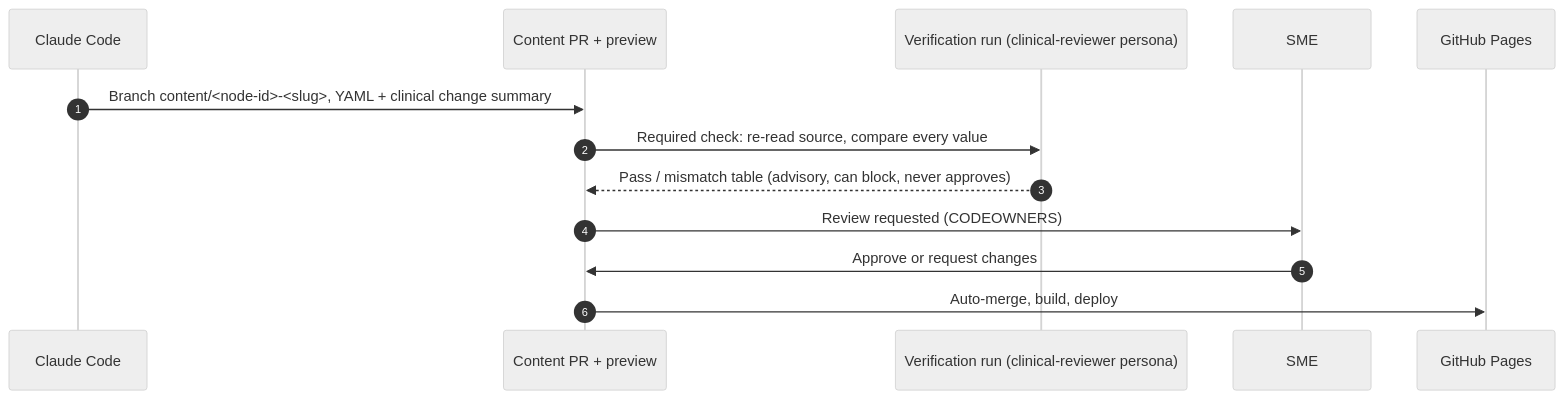
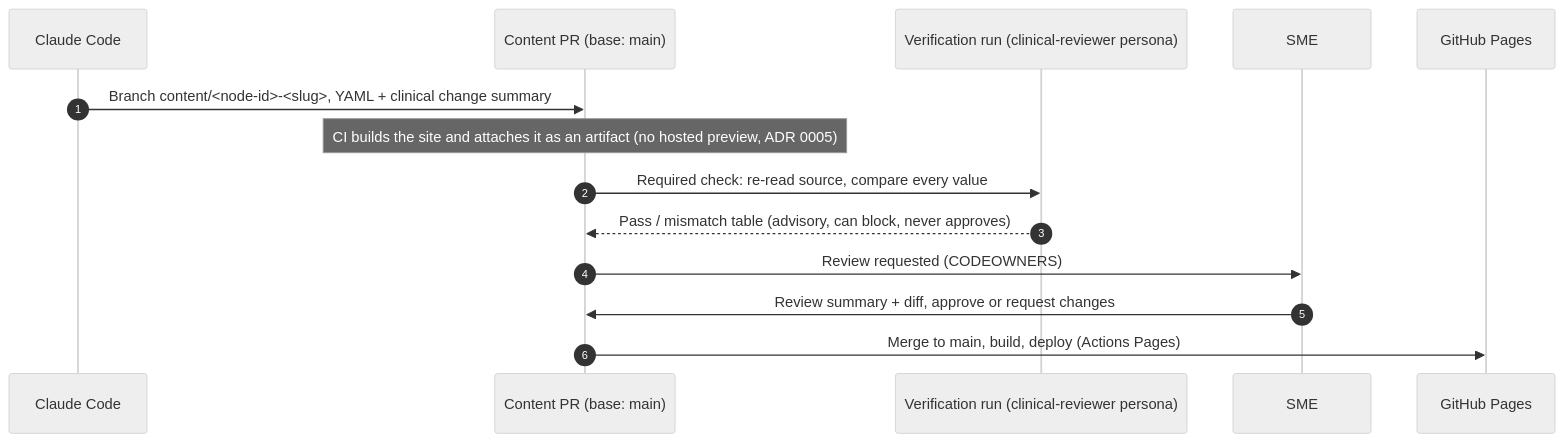
Before and after one commit to tudorgrigoriu90/valvia: the third of 4 diagrams in docs/architecture.md, drawn with Mermaid (neutral theme). The commit also changed 11 other files, not shown here.

First line of the commit message:
CH-5: deploy via GitHub Actions Pages, drop gh-pages and previews

````diff
--- a/docs/architecture.md
+++ b/docs/architecture.md
@@ -72,16 +72,17 @@
 ```mermaid
 sequenceDiagram
     autonumber
     participant CC as Claude Code
-    participant PR as Content PR + preview
+    participant PR as Content PR (base: main)
     participant Ver as Verification run (clinical-reviewer persona)
     participant SME as SME
     participant Pages as GitHub Pages
 
     CC->>PR: Branch content/<node-id>-<slug>, YAML + clinical change summary
+    Note over PR: CI builds the site and attaches it as an artifact (no hosted preview, ADR 0005)
     PR->>Ver: Required check: re-read source, compare every value
     Ver-->>PR: Pass / mismatch table (advisory, can block, never approves)
     PR->>SME: Review requested (CODEOWNERS)
-    SME->>PR: Approve or request changes
-    PR->>Pages: Auto-merge, build, deploy
+    SME->>PR: Review summary + diff, approve or request changes
+    PR->>Pages: Merge to main, build, deploy (Actions Pages)
 ```
````
